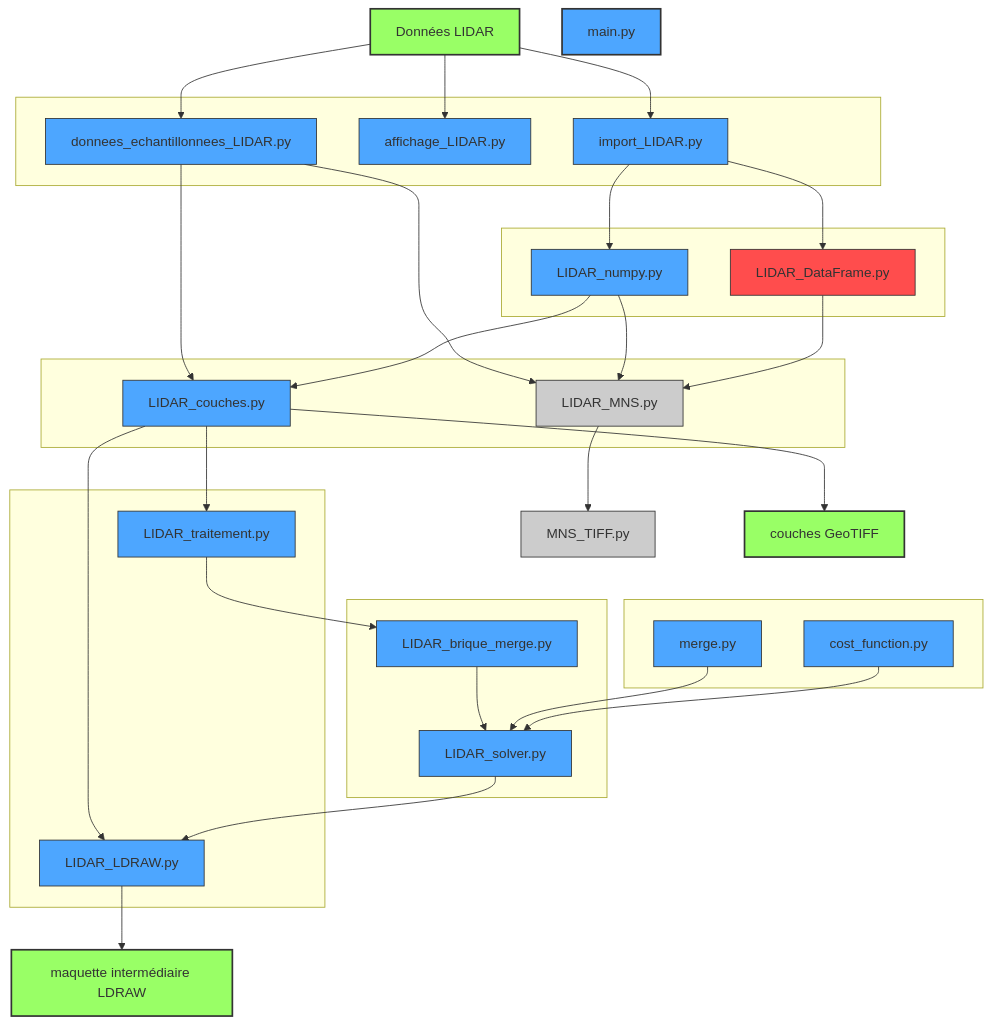
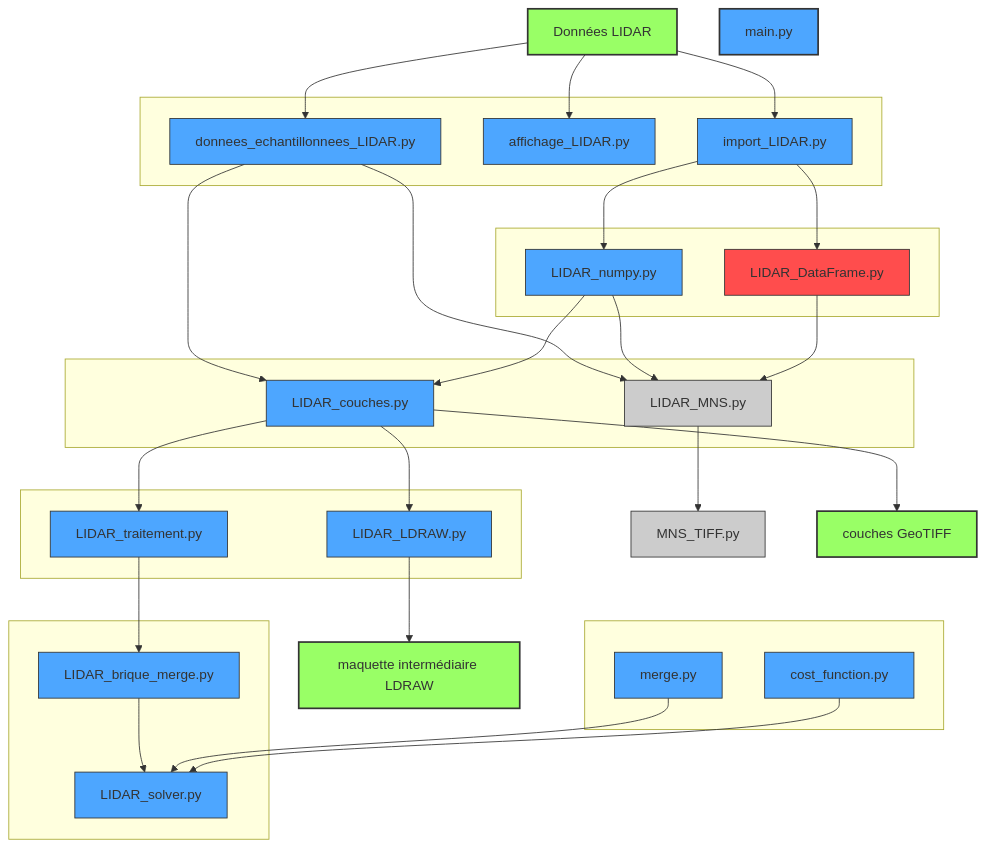
Before and after one commit to DanQue69/LEGO_Master: the diagram in Workflow.md, drawn with Mermaid.

```diff
--- a/Workflow.md
+++ b/Workflow.md
@@ -56,7 +56,6 @@
 O --> P
 Q --> P
 R --> P
-P --> J
 G --> H
 I --> L
 J --> N
```
